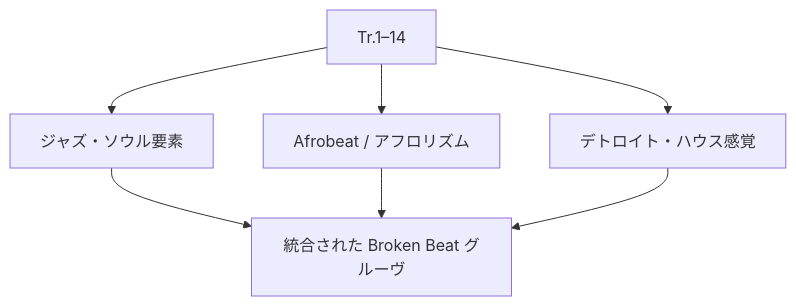
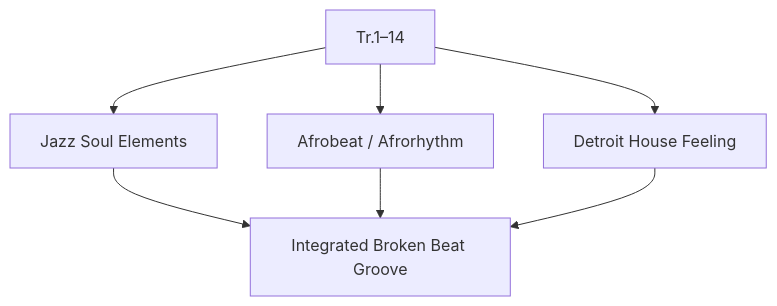
The fourth of 4 diagrams in en/_posts/2025-11-28-column-dego-kaidi-so-we-gwarn.md (monumental-movement/monumental-movement.github.io), drawn with Mermaid before and after one commit. The commit also changed other lines of this file and 801 other files, not shown here.

```diff
--- a/en/_posts/2025-11-28-column-dego-kaidi-so-we-gwarn.md
+++ b/en/_posts/2025-11-28-column-dego-kaidi-so-we-gwarn.md
@@ -140,7 +140,7 @@
 <div class="mermaid">
 flowchart TD
-    A["Tr.1–14"] --> B["ジャズ・ソウル要素"]
-    A --> C["Afrobeat / アフロリズム"]
-    A --> D["デトロイト・ハウス感覚"]
-    B & C & D --> E["統合された Broken Beat グルーヴ"]
+    A["Tr.1–14"] --> B["Jazz Soul Elements"]
+    A --> C["Afrobeat / Afrorhythm"]
+    A --> D["Detroit House Feeling"]
+    B & C & D --> E["Integrated Broken Beat Groove"]
 </div>
```
